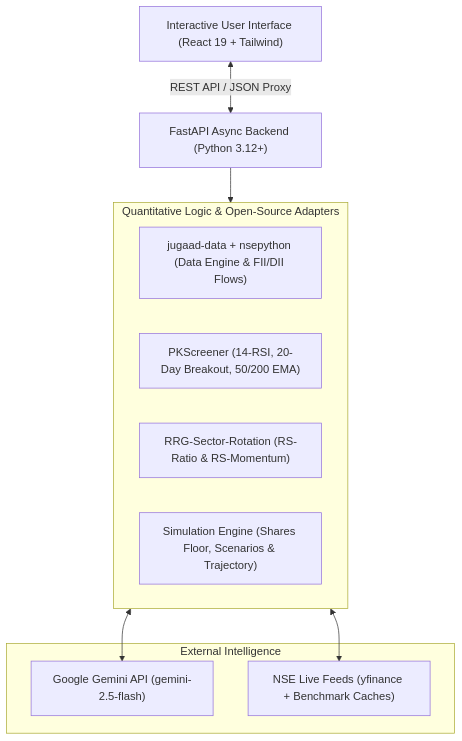
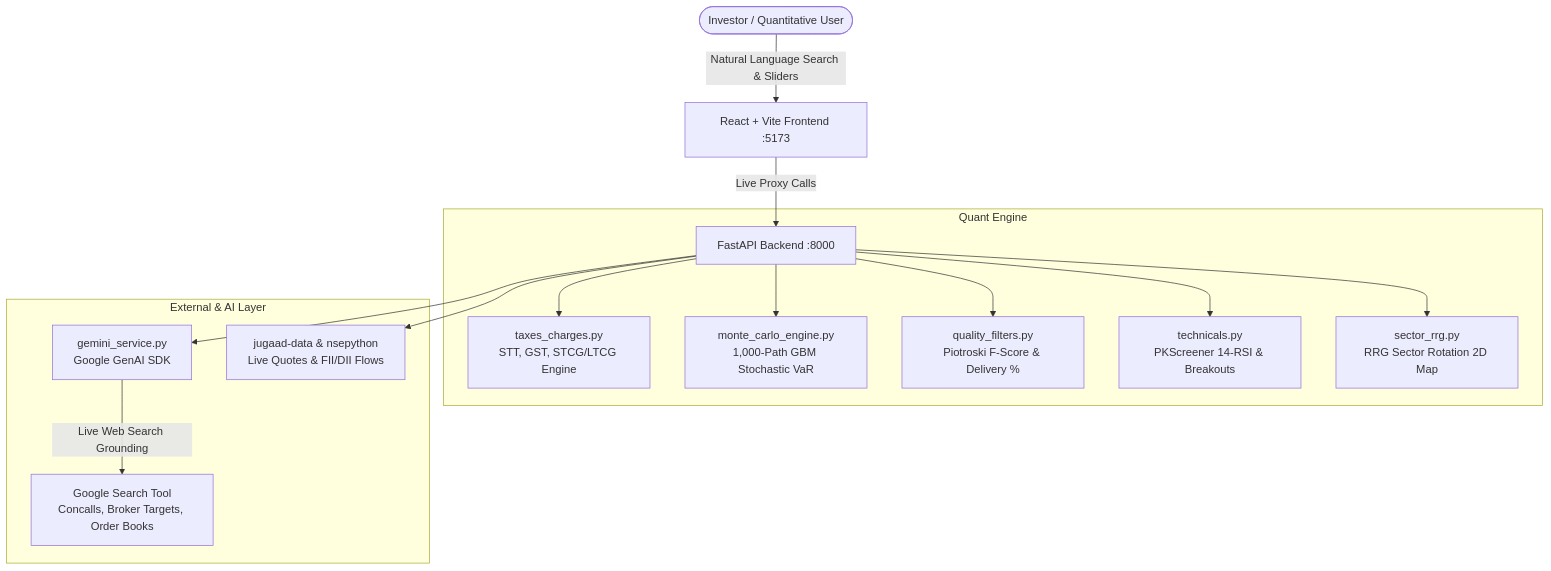
The diagram in README.md (deadheaven07/AlphaPulse), drawn with Mermaid before and after one commit. The commit also changed other lines of this file and 17 other files, not shown here.

Commit message:
feat(pro): institutional upgrade with 1,000-path Monte Carlo, post-tax net ROI engine, live web search grounding, and Piotroski quality screener

````diff
--- a/README.md
+++ b/README.md
@@ -69,22 +61,19 @@
 ```mermaid
 graph TD
-    User["Interactive User Interface (React 19 + Tailwind)"]
-    API["FastAPI Async Backend (Python 3.12+)"]
+    User([Investor / Quantitative User]) -->|Natural Language Search & Sliders| WebApp[React + Vite Frontend :5173]
+    WebApp -->|Live Proxy Calls| API[FastAPI Backend :8000]
     
-    subgraph QuantEngines ["Quantitative Logic & Open-Source Adapters"]
-        DE["jugaad-data + nsepython (Data Engine & FII/DII Flows)"]
-        PK["PKScreener (14-RSI, 20-Day Breakout, 50/200 EMA)"]
-        RRG["RRG-Sector-Rotation (RS-Ratio & RS-Momentum)"]
-        SIM["Simulation Engine (Shares Floor, Scenarios & Trajectory)"]
+    subgraph Quant Engine
+        API --> Taxes[taxes_charges.py<br/>STT, GST, STCG/LTCG Engine]
+        API --> MonteCarlo[monte_carlo_engine.py<br/>1,000-Path GBM Stochastic VaR]
+        API --> Quality[quality_filters.py<br/>Piotroski F-Score & Delivery %]
+        API --> Technicals[technicals.py<br/>PKScreener 14-RSI & Breakouts]
+        API --> RRG[sector_rrg.py<br/>RRG Sector Rotation 2D Map]
     end
     
-    subgraph ExternalServices ["External Intelligence"]
-        Gemini["Google Gemini API (gemini-2.5-flash)"]
-        NSE["NSE Live Feeds (yfinance + Benchmark Caches)"]
+    subgraph External & AI Layer
+        API --> Gemini[gemini_service.py<br/>Google GenAI SDK]
+        Gemini -->|Live Web Search Grounding| GoogleSearch[Google Search Tool<br/>Concalls, Broker Targets, Order Books]
+        API --> NSE[jugaad-data & nsepython<br/>Live Quotes & FII/DII Flows]
     end
-
-    User <--> |REST API / JSON Proxy| API
-    API --> QuantEngines
-    QuantEngines <--> Gemini
-    QuantEngines <--> NSE
 ```
````
